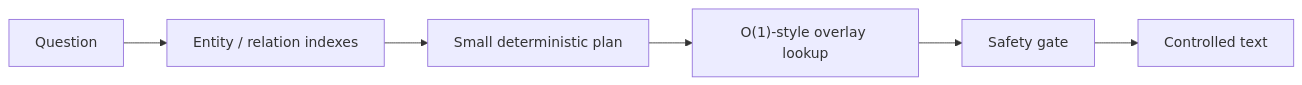
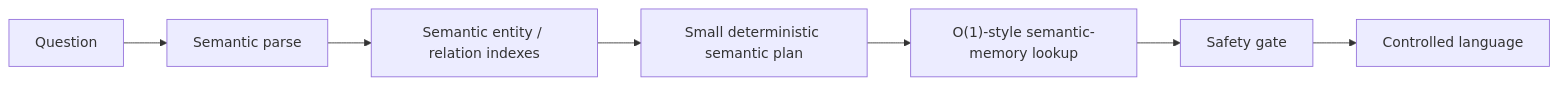
One commit to zowelqqee/microworld changed the fifth of 5 diagrams in README.md. Above: the diagram before and after it, drawn with Mermaid. The commit also changed other lines of this file, not shown here.

Commit message:
Document semantic Microworld architecture

````diff
--- a/README.md
+++ b/README.md
@@ -700,8 +854,9 @@
 ```mermaid
 flowchart LR
-    Q["Question"] --> IDX["Entity / relation indexes"]
-    IDX --> PLAN["Small deterministic plan"]
-    PLAN --> LOOK["O(1)-style overlay lookup"]
+    Q["Question"] --> SEM["Semantic parse"]
+    SEM --> IDX["Semantic entity / relation indexes"]
+    IDX --> PLAN["Small deterministic semantic plan"]
+    PLAN --> LOOK["O(1)-style semantic-memory lookup"]
     LOOK --> GATE["Safety gate"]
-    GATE --> TEXT["Controlled text"]
+    GATE --> TEXT["Controlled language"]
 ```
````
